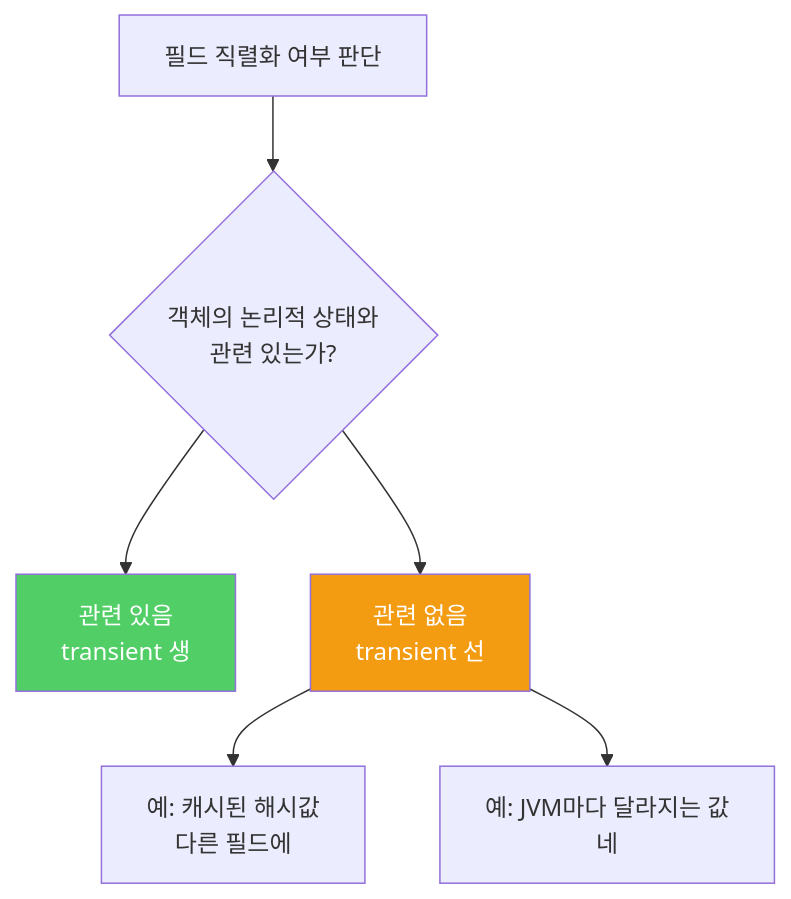
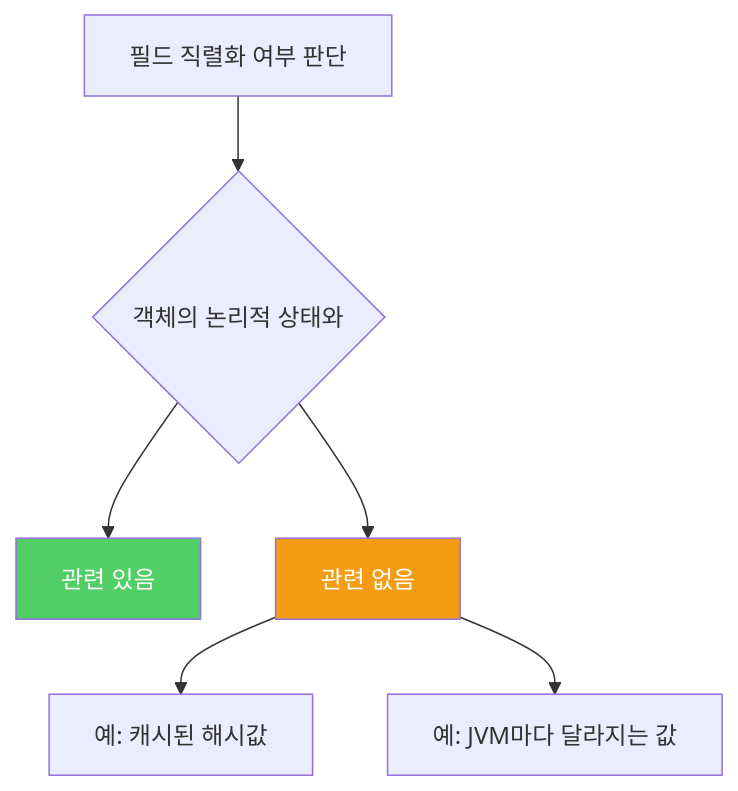
The diagram in _posts/java/2022-03-11-effective-java87.md (yjkim2015/yjkim2015.github.io), drawn with Mermaid before and after one commit. The commit also changed 217 other files, not shown here.

First line of the commit message:
Mermaid 크기 수정: useMaxWidth:true + SVG max-width:100% + 라벨 축소

````diff
--- a/_posts/java/2022-03-11-effective-java87.md
+++ b/_posts/java/2022-03-11-effective-java87.md
@@ -120,10 +120,10 @@
 ```mermaid
 graph TD
-    A["필드 직렬화 여부 판단"] --> B{"객체의 논리적 상태와\n관련 있는가?"}
-    B --> C["관련 있음\ntransient 생"]
-    B --> D["관련 없음\ntransient 선"]
-    D --> E["예: 캐시된 해시값\n다른 필드에"]
-    D --> F["예: JVM마다 달라지는 값\n네"]
+    A["필드 직렬화 여부 판단"] --> B{"객체의 논리적 상태와"}
+    B --> C["관련 있음"]
+    B --> D["관련 없음"]
+    D --> E["예: 캐시된 해시값"]
+    D --> F["예: JVM마다 달라지는 값"]
     style C fill:#51cf66,color:#fff
     style D fill:#f39c12,color:#fff
 ```
````
